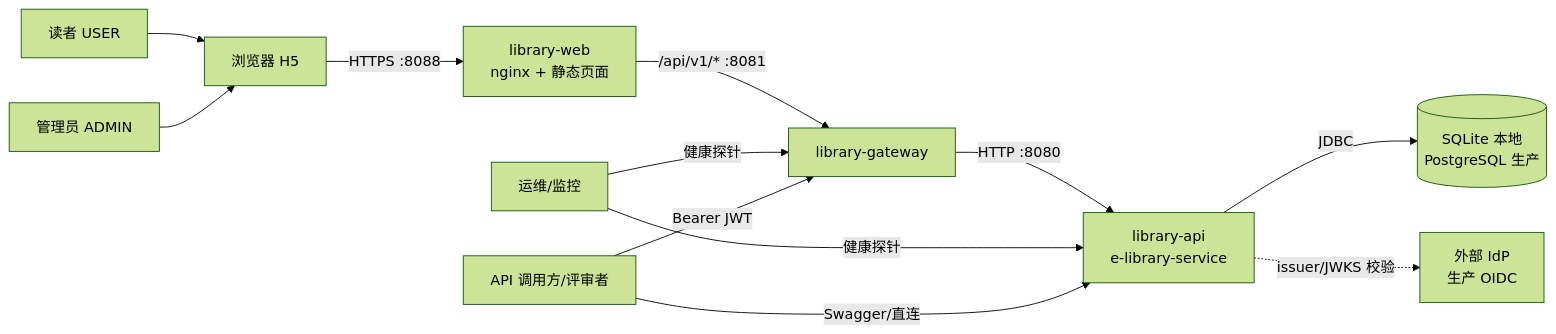
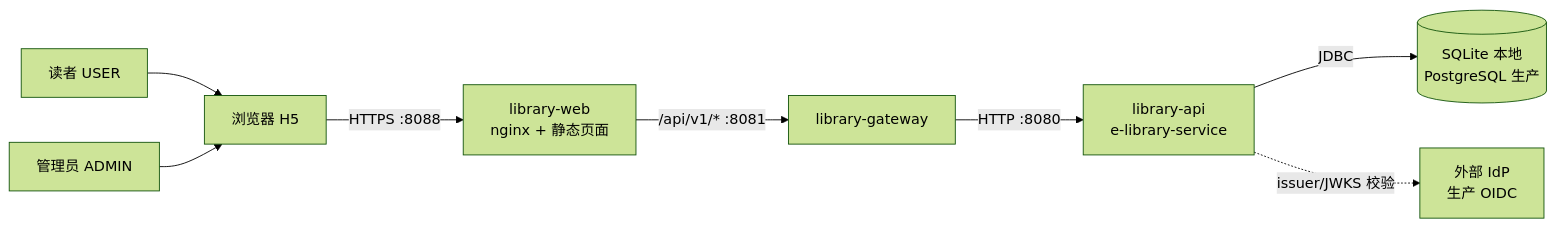
Before and after one commit to niefy/e-library: the first of 9 diagrams in docs/architecture.md, drawn with Mermaid (forest theme). The commit also changed other lines of this file, not shown here.

````diff
--- a/docs/architecture.md
+++ b/docs/architecture.md
@@ -67,21 +59,15 @@
 ```mermaid
 flowchart LR
     Reader[读者 USER]
     Admin[管理员 ADMIN]
-    Ops[运维/监控]
     IdP[外部 IdP<br/>生产 OIDC]
 
     Reader --> Browser[浏览器 H5]
     Admin --> Browser
     Browser -->|HTTPS :8088| Web[library-web<br/>nginx + 静态页面]
     Web -->|"/api/v1/*" :8081| Gateway[library-gateway]
     Gateway -->|HTTP :8080| API[library-api<br/>e-library-service]
 
     API -->|JDBC| DB[(SQLite 本地<br/>PostgreSQL 生产)]
     API -.->|"issuer/JWKS 校验"| IdP
-    Ops -->|健康探针| Gateway
-    Ops -->|健康探针| API
-
-    Direct[API 调用方/评审者] -->|Bearer JWT| Gateway
-    Direct -->|Swagger/直连| API
 ```
````
